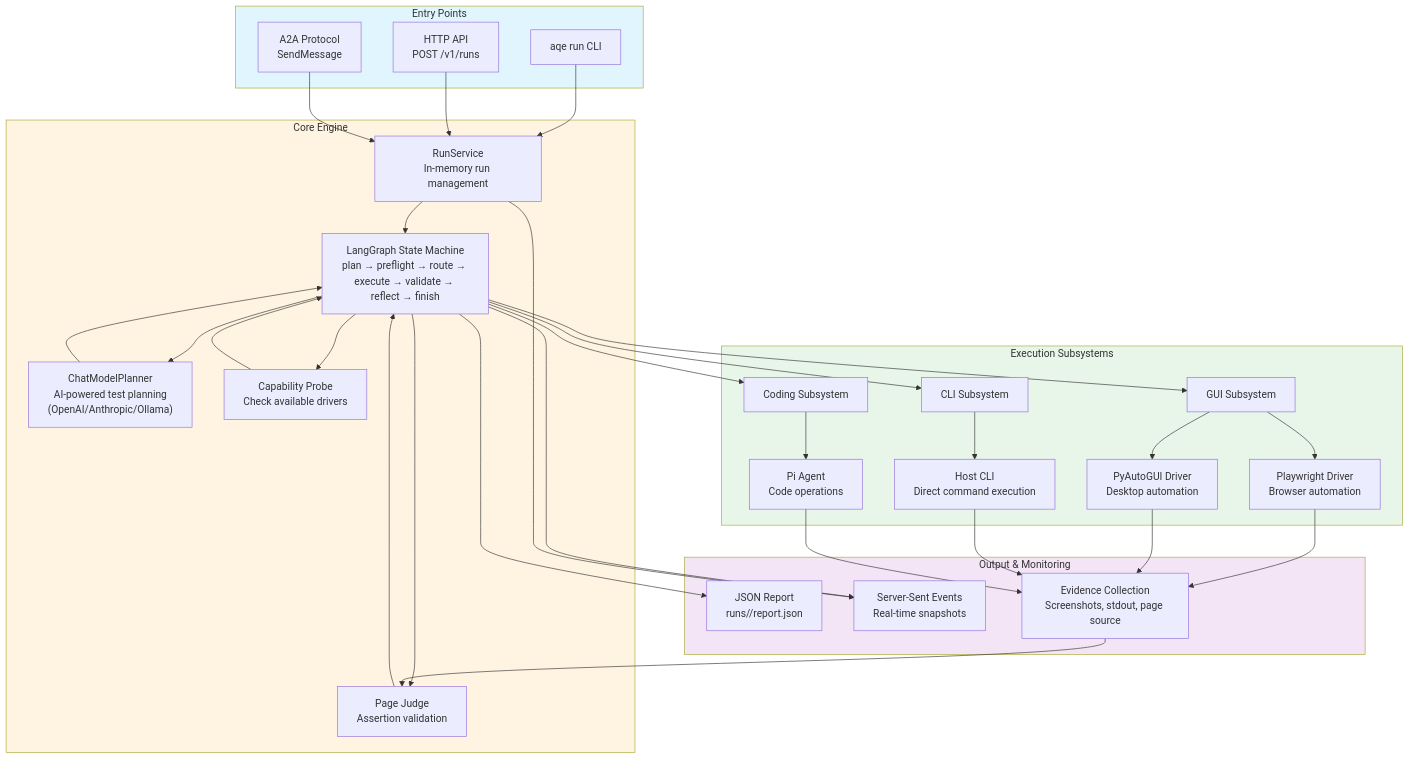
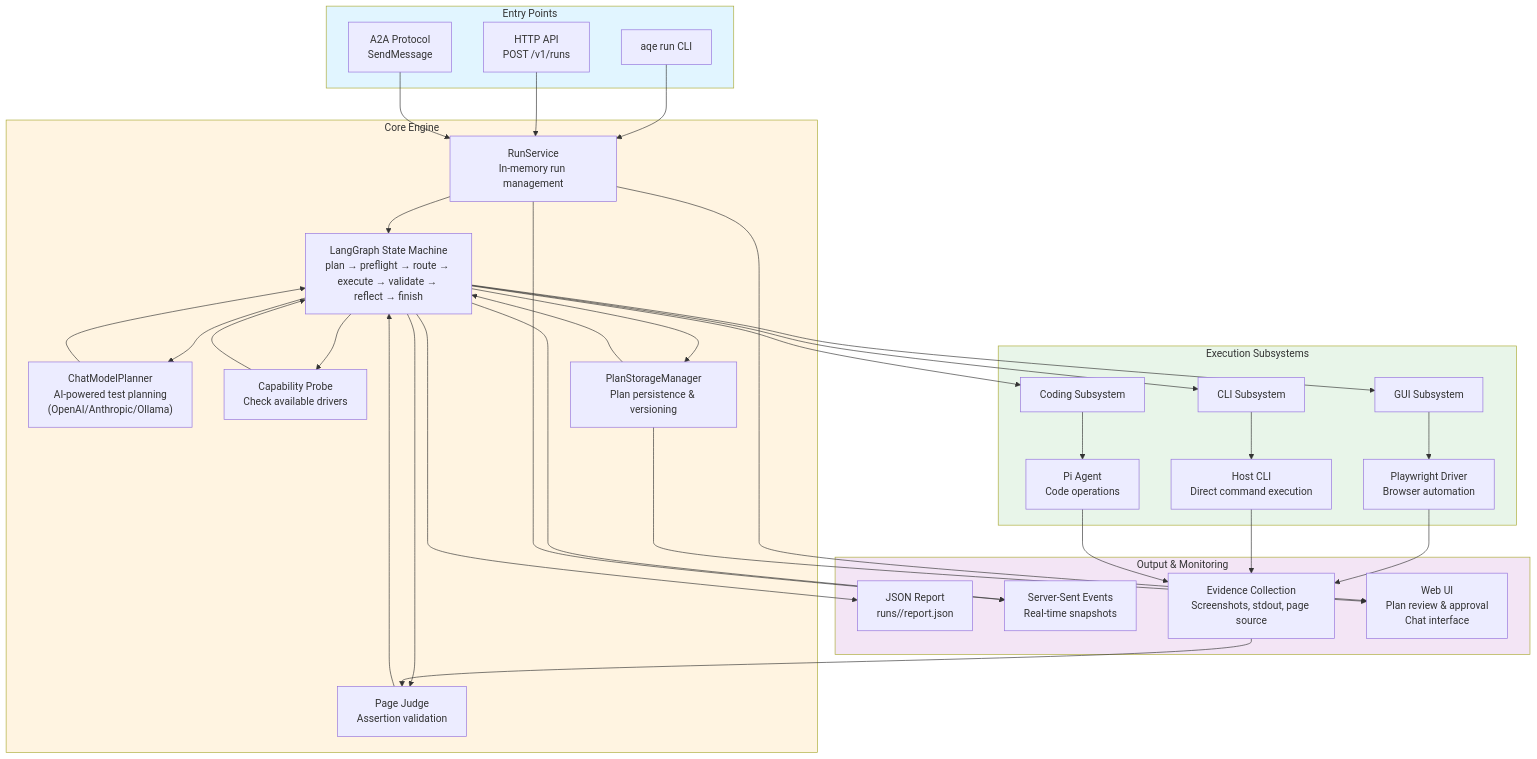
Before and after one commit to viethoangdinh0926/qa-engineer: the first of 2 diagrams in README.md, drawn with Mermaid. The commit also changed other lines of this file and 6 other files, not shown here.

````diff
--- a/README.md
+++ b/README.md
@@ -7,70 +18,73 @@
 ```mermaid
 graph TB
     subgraph Entry_Points["Entry Points"]
         CLI["aqe run CLI"]
         HTTP["HTTP API<br/>POST /v1/runs"]
         A2A["A2A Protocol<br/>SendMessage"]
     end
 
     subgraph Core_Engine["Core Engine"]
         RunService["RunService<br/>In-memory run management"]
         LangGraph["LangGraph State Machine<br/>plan → preflight → route → execute → validate → reflect → finish"]
         Planner["ChatModelPlanner<br/>AI-powered test planning<br/>(OpenAI/Anthropic/Ollama)"]
         Capability["Capability Probe<br/>Check available drivers"]
         Judge["Page Judge<br/>Assertion validation"]
+        PlanStorage["PlanStorageManager<br/>Plan persistence & versioning"]
     end
 
     subgraph Execution["Execution Subsystems"]
         GUISub["GUI Subsystem"]
         CLISub["CLI Subsystem"]
         CodingSub["Coding Subsystem"]
         Playwright["Playwright Driver<br/>Browser automation"]
-        Desktop["PyAutoGUI Driver<br/>Desktop automation"]
         HostCLI["Host CLI<br/>Direct command execution"]
         PiAgent["Pi Agent<br/>Code operations"]
     end
 
     subgraph Output["Output & Monitoring"]
         Report["JSON Report<br/>runs/<id>/report.json"]
         SSE["Server-Sent Events<br/>Real-time snapshots"]
         Evidence["Evidence Collection<br/>Screenshots, stdout, page source"]
+        UI["Web UI<br/>Plan review & approval<br/>Chat interface"]
     end
 
     CLI --> RunService
     HTTP --> RunService
     A2A --> RunService
 
     RunService --> LangGraph
     LangGraph --> Planner
     LangGraph --> Capability
     LangGraph --> Judge
+    LangGraph --> PlanStorage
 
     Planner --> LangGraph
     Capability --> LangGraph
+    PlanStorage --> LangGraph
 
     LangGraph --> GUISub
     LangGraph --> CLISub
     LangGraph --> CodingSub
 
     GUISub --> Playwright
-    GUISub --> Desktop
     CLISub --> HostCLI
     CodingSub --> PiAgent
 
     Playwright --> Evidence
-    Desktop --> Evidence
     HostCLI --> Evidence
     PiAgent --> Evidence
 
     Evidence --> Judge
     Judge --> LangGraph
 
     LangGraph --> Report
     LangGraph --> SSE
     RunService --> SSE
+    RunService --> UI
+    PlanStorage --> UI
 
     style Entry_Points fill:#e1f5ff
     style Core_Engine fill:#fff4e1
     style Execution fill:#e8f5e9
     style Output fill:#f3e5f5
 ```
````
